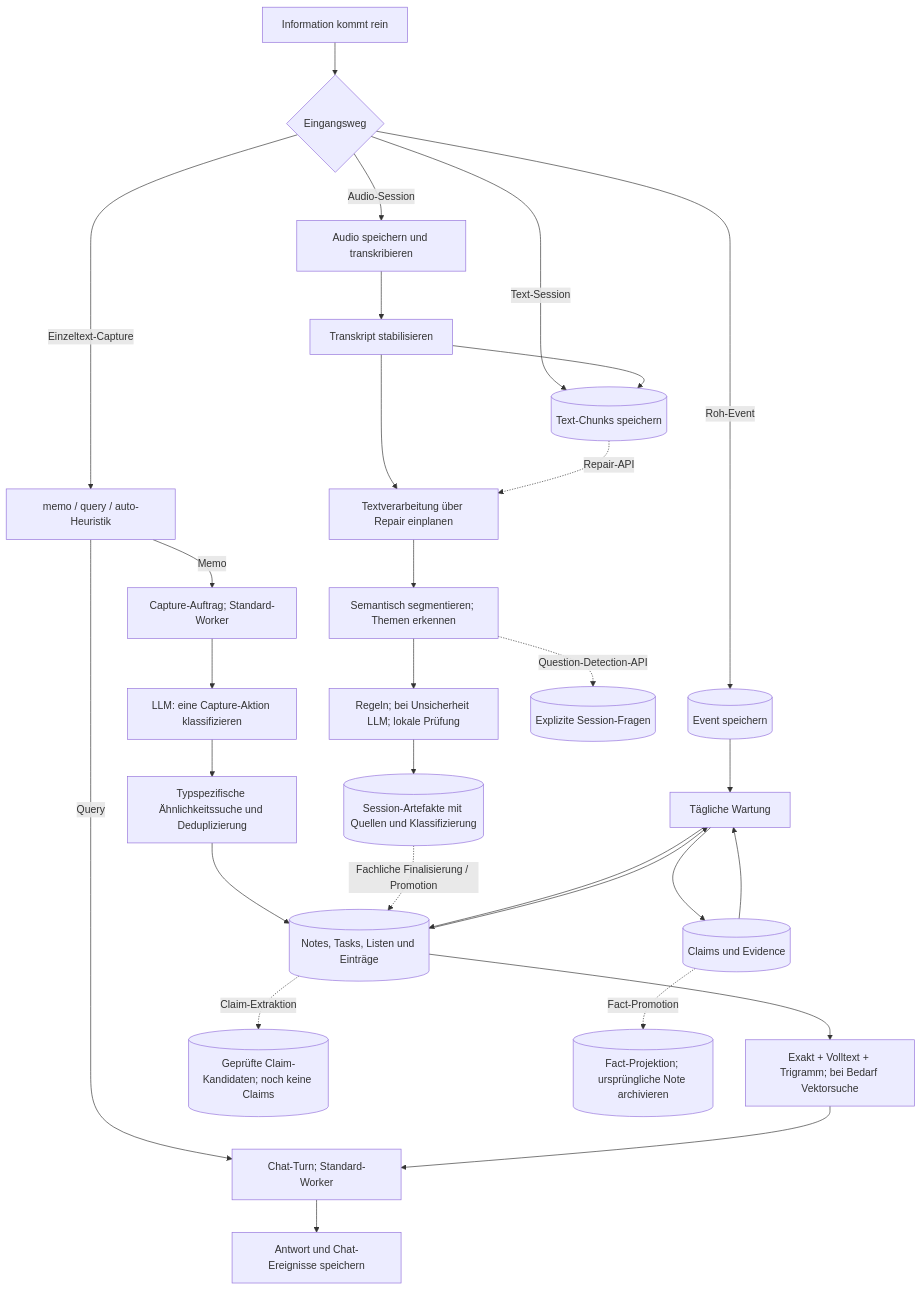
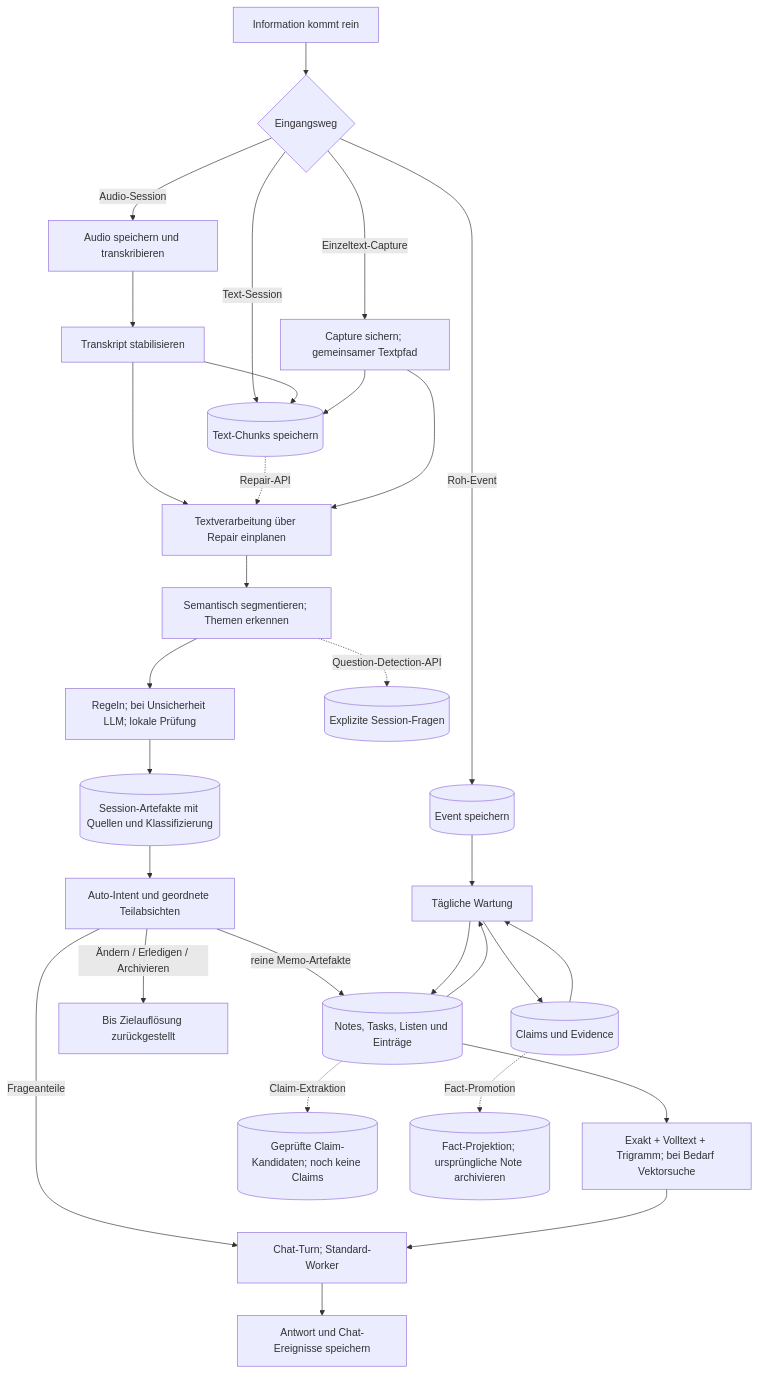
One commit to hilarius-lab/stoa changed the second of 5 diagrams in BACKEND_LOGIK.md. Above: the diagram before and after it, drawn with Mermaid. The commit also changed other lines of this file and 48 other files, not shown here.

Commit message:
Advance ESP workflow and auto capture pipeline

````diff
--- a/BACKEND_LOGIK.md
+++ b/BACKEND_LOGIK.md
@@ -92,33 +92,33 @@
 ```mermaid
 flowchart TB
     IN["Information kommt rein"] --> KIND{"Eingangsweg"}
     KIND -->|Roh-Event| EV[("Event speichern")]
-    KIND -->|Einzeltext-Capture| AUTO["memo / query / auto-Heuristik"]
+    KIND -->|Einzeltext-Capture| AUTO["Capture sichern; gemeinsamer Textpfad"]
     KIND -->|Audio-Session| STT["Audio speichern und transkribieren"]
     KIND -->|Text-Session| CH[("Text-Chunks speichern")]
     STT --> STABLE["Transkript stabilisieren"]
     STABLE --> CH
     STABLE --> REPAIR["Textverarbeitung über Repair einplanen"]
     CH -.->|Repair-API| REPAIR
     REPAIR --> SEG["Semantisch segmentieren; Themen erkennen"]
     SEG --> AR["Regeln; bei Unsicherheit LLM; lokale Prüfung"]
     AR --> ART[("Session-Artefakte mit Quellen und Klassifizierung")]
-    AUTO -->|Memo| CAP["Capture-Auftrag; Standard-Worker"]
-    CAP --> CLASS["LLM: eine Capture-Aktion klassifizieren"]
-    CLASS --> DD["Typspezifische Ähnlichkeitssuche und Deduplizierung"]
-    DD --> KNOW[("Notes, Tasks, Listen und Einträge")]
-    AUTO -->|Query| CHAT["Chat-Turn; Standard-Worker"]
-    ART -.->|Fachliche Finalisierung / Promotion| KNOW
+    AUTO --> CH
+    AUTO --> REPAIR
+    ART --> INTENT["Auto-Intent und geordnete Teilabsichten"]
+    INTENT -->|Frageanteile| CHAT["Chat-Turn; Standard-Worker"]
+    INTENT -->|reine Memo-Artefakte| KNOW[("Notes, Tasks, Listen und Einträge")]
+    INTENT -->|Ändern / Erledigen / Archivieren| PENDING["Bis Zielauflösung zurückgestellt"]
     KNOW --> SEARCH["Exakt + Volltext + Trigramm; bei Bedarf Vektorsuche"]
     SEARCH --> CHAT
     CHAT --> ANSWER["Antwort und Chat-Ereignisse speichern"]
     SEG -.->|Question-Detection-API| Q[("Explizite Session-Fragen")]
     KNOW -.->|Claim-Extraktion| CC[("Geprüfte Claim-Kandidaten; noch keine Claims")]
     CLAIM[("Claims und Evidence")]
     CLAIM -.->|Fact-Promotion| FACT[("Fact-Projektion; ursprüngliche Note archivieren")]
     EV --> NIGHT["Tägliche Wartung"]
     KNOW --> NIGHT
     CLAIM --> NIGHT
     NIGHT --> KNOW
     NIGHT --> CLAIM
 ```
````
